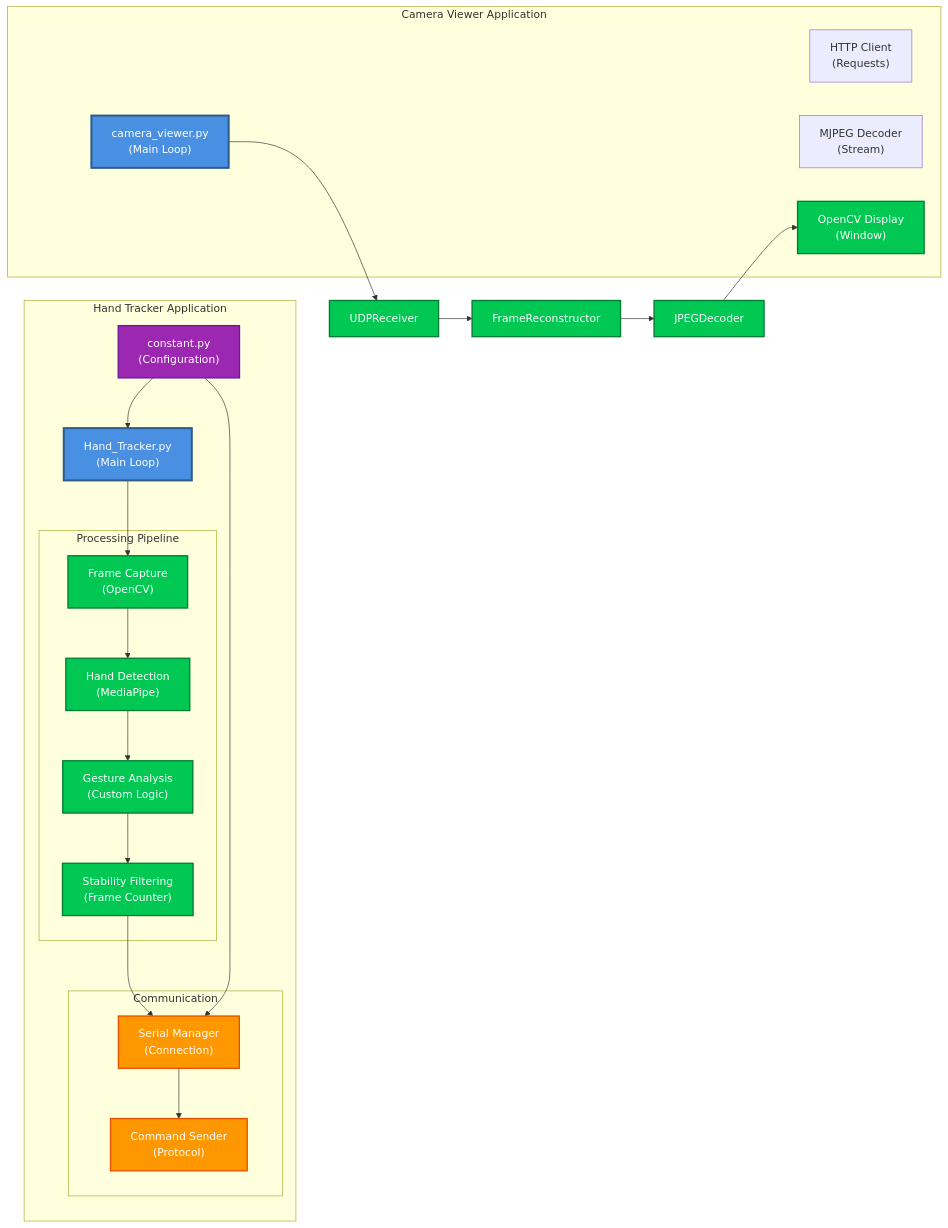
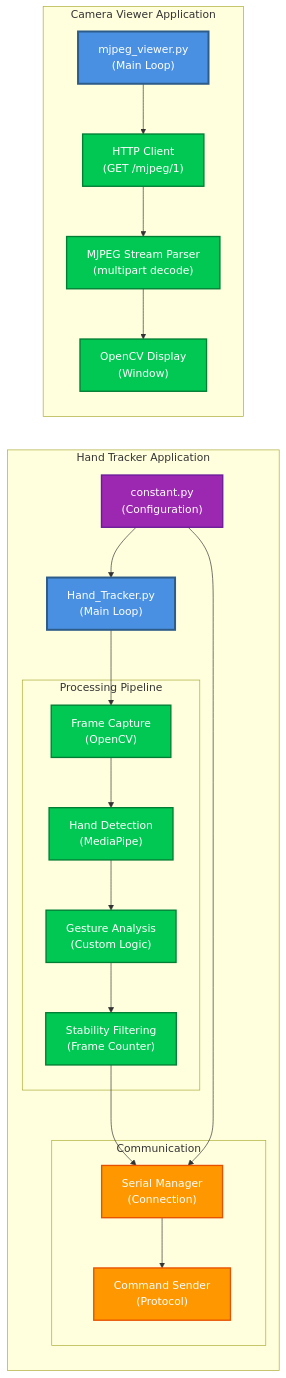
One commit to Yaniv23/final-project-gesture-car changed the tenth of 18 diagrams in docs/architecture.md. Above: the diagram before and after it, drawn with Mermaid. The commit also changed other lines of this file and 20 other files, not shown here.

````diff
--- a/docs/architecture.md
+++ b/docs/architecture.md
@@ -473,51 +473,50 @@
 ```mermaid
 graph LR
     subgraph HandTrackerApp["Hand Tracker Application"]
         Main["Hand_Tracker.py<br/>(Main Loop)"]
         
         subgraph Processing["Processing Pipeline"]
             Capture["Frame Capture<br/>(OpenCV)"]
             Detection["Hand Detection<br/>(MediaPipe)"]
             Analysis["Gesture Analysis<br/>(Custom Logic)"]
             Filtering["Stability Filtering<br/>(Frame Counter)"]
         end
         
         subgraph Communication["Communication"]
             SerialMgr["Serial Manager<br/>(Connection)"]
             CommandSender["Command Sender<br/>(Protocol)"]
         end
         
         ConfigFile["constant.py<br/>(Configuration)"]
     end
     
     subgraph CameraApp["Camera Viewer Application"]
-        Viewer["camera_viewer.py<br/>(Main Loop)"]
-        HTTPClient["HTTP Client<br/>(Requests)"]
-        MJPEGDecoder["MJPEG Decoder<br/>(Stream)"]
+        Viewer["mjpeg_viewer.py<br/>(Main Loop)"]
+        HTTPClient["HTTP Client<br/>(GET /mjpeg/1)"]
+        MJPEGParser["MJPEG Stream Parser<br/>(multipart decode)"]
         Display["OpenCV Display<br/>(Window)"]
     end
     
     Main --> Capture
     Capture --> Detection
     Detection --> Analysis
     Analysis --> Filtering
     Filtering --> SerialMgr
     SerialMgr --> CommandSender
     ConfigFile --> Main
     ConfigFile --> SerialMgr
     
-    Viewer --> UDPReceiver
-    UDPReceiver --> FrameReconstructor
-    FrameReconstructor --> JPEGDecoder
-    JPEGDecoder --> Display
+    Viewer --> HTTPClient
+    HTTPClient --> MJPEGParser
+    MJPEGParser --> Display
     
     classDef main fill:#4A90E2,stroke:#2E5C8A,stroke-width:3px,color:#fff
     classDef process fill:#00C853,stroke:#007E33,stroke-width:2px,color:#fff
     classDef comm fill:#FF9800,stroke:#E65100,stroke-width:2px,color:#fff
     classDef config fill:#9C27B0,stroke:#6A1B9A,stroke-width:2px,color:#fff
     
     class Main,Viewer main
-    class Capture,Detection,Analysis,Filtering,UDPReceiver,FrameReconstructor,JPEGDecoder,Display process
+    class Capture,Detection,Analysis,Filtering,HTTPClient,MJPEGParser,Display process
     class SerialMgr,CommandSender comm
     class ConfigFile config
 ```
````
